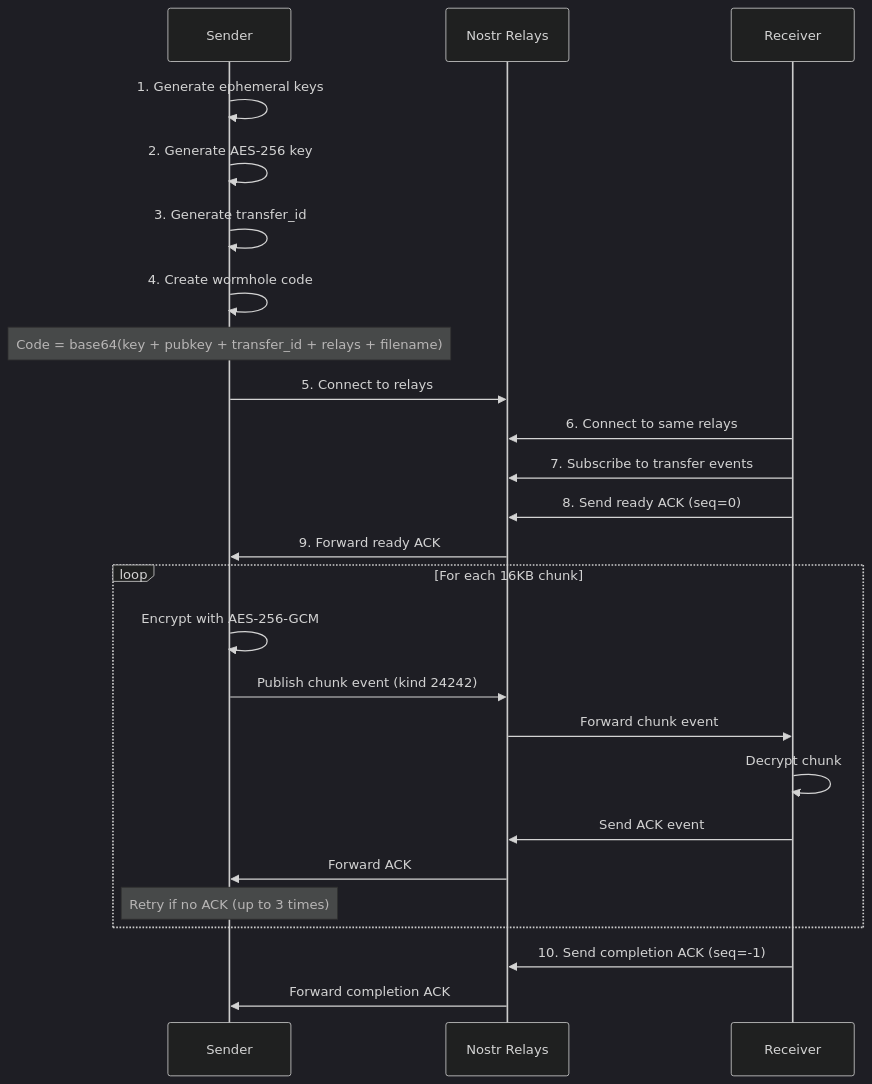
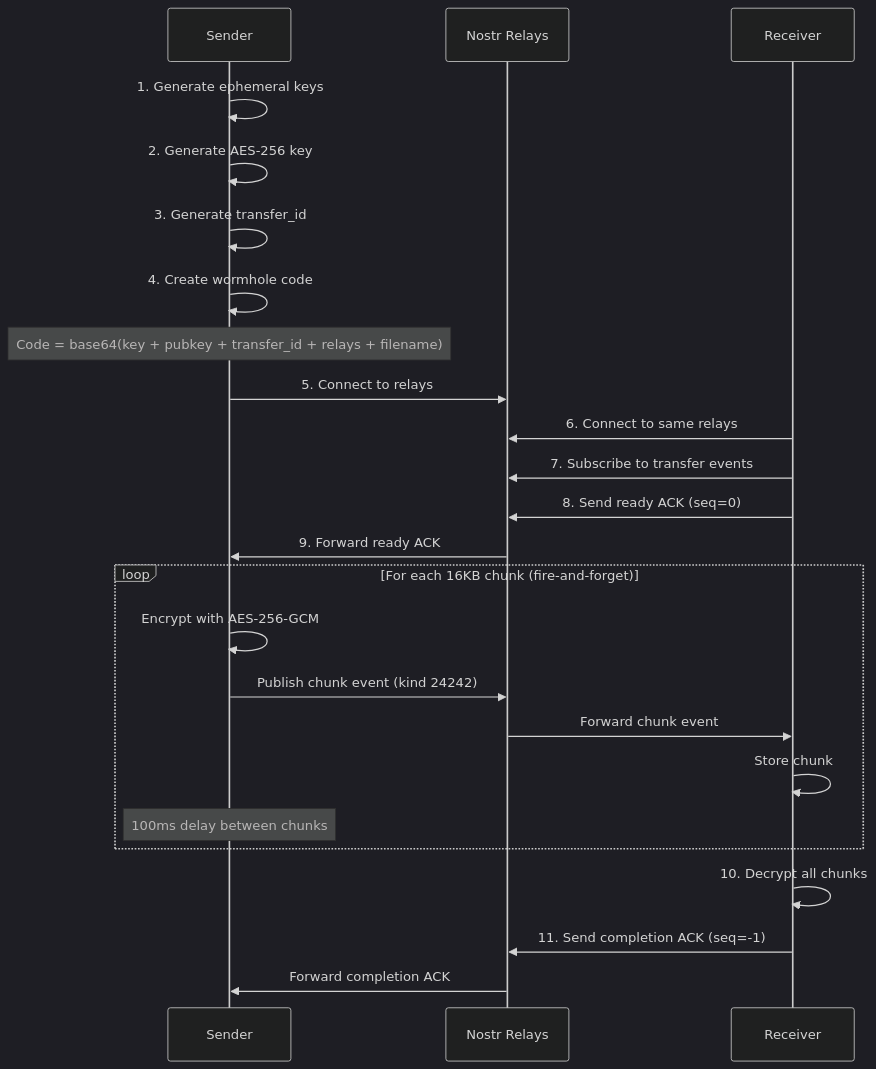
One commit to andrewtheguy/wormhole-rs changed the third of 5 diagrams in docs/ARCHITECTURE.md. Above: the diagram before and after it, drawn with Mermaid (dark theme). The commit also changed other lines of this file, not shown here.

````diff
--- a/docs/ARCHITECTURE.md
+++ b/docs/ARCHITECTURE.md
@@ -67,32 +67,31 @@
 ```mermaid
 sequenceDiagram
     participant Sender
     participant Relays as Nostr Relays
     participant Receiver
 
     Sender->>Sender: 1. Generate ephemeral keys
     Sender->>Sender: 2. Generate AES-256 key
     Sender->>Sender: 3. Generate transfer_id
     Sender->>Sender: 4. Create wormhole code
     Note over Sender: Code = base64(key + pubkey + transfer_id + relays + filename)
 
     Sender->>Relays: 5. Connect to relays
     Receiver->>Relays: 6. Connect to same relays
     Receiver->>Relays: 7. Subscribe to transfer events
     Receiver->>Relays: 8. Send ready ACK (seq=0)
 
     Relays->>Sender: 9. Forward ready ACK
 
-    loop For each 16KB chunk
+    loop For each 16KB chunk (fire-and-forget)
         Sender->>Sender: Encrypt with AES-256-GCM
         Sender->>Relays: Publish chunk event (kind 24242)
         Relays->>Receiver: Forward chunk event
-        Receiver->>Receiver: Decrypt chunk
-        Receiver->>Relays: Send ACK event
-        Relays->>Sender: Forward ACK
-        Note over Sender: Retry if no ACK (up to 3 times)
+        Receiver->>Receiver: Store chunk
+        Note over Sender: 100ms delay between chunks
     end
 
-    Receiver->>Relays: 10. Send completion ACK (seq=-1)
+    Receiver->>Receiver: 10. Decrypt all chunks
+    Receiver->>Relays: 11. Send completion ACK (seq=-1)
     Relays->>Sender: Forward completion ACK
 ```
````
